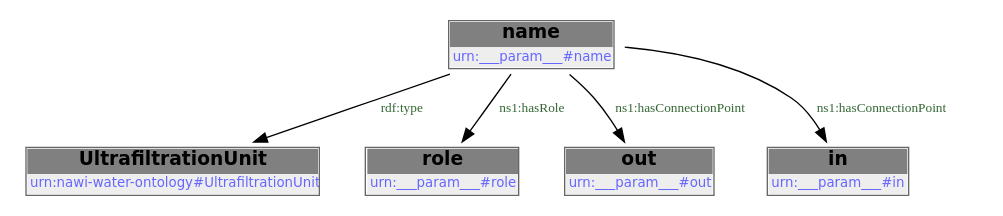
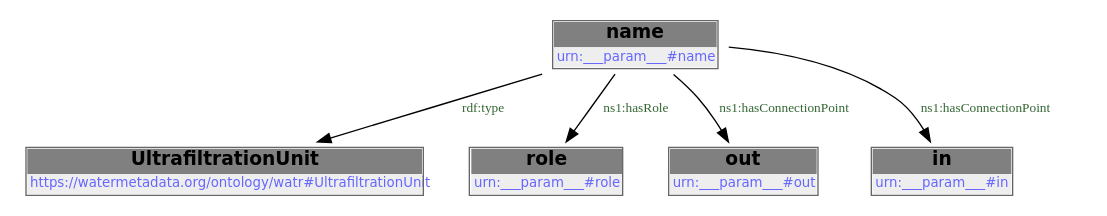
Before and after one commit to DataDrivenCPS/water-ontology: the first of 2 diagrams in docs/libraries/templates/uf-unit.rst, drawn with Graphviz. The commit also changed other lines of this file and 43 other files, not shown here.

First line of the commit message:
feat: move ontology to https://watermetadata.org base URI

```diff
--- a/docs/libraries/templates/uf-unit.rst
+++ b/docs/libraries/templates/uf-unit.rst
@@ -78,14 +78,14 @@
         .. graphviz::
 
                 digraph G {
             node [fontname="DejaVu Sans"];
             node0 -> node1 [color=BLACK, label=< <font point-size='10' color='#336633'>rdf:type</font> >];
             node0 -> node2 [color=BLACK, label=< <font point-size='10' color='#336633'>ns1:hasRole</font> >];
             node0 -> node3 [color=BLACK, label=< <font point-size='10' color='#336633'>ns1:hasConnectionPoint</font> >];
             node0 -> node4 [color=BLACK, label=< <font point-size='10' color='#336633'>ns1:hasConnectionPoint</font> >];
             node0 [shape=none, color=black, label=< <table color='#666666' cellborder='0' cellspacing='0' border='1'><tr><td colspan='2' bgcolor='grey'><B>name</B></td></tr><tr><td href='urn:___param___#name' bgcolor='#eeeeee' colspan='2'><font point-size='10' color='#6666ff'>urn:___param___#name</font></td></tr></table> >];
-            node1 [shape=none, color=black, label=< <table color='#666666' cellborder='0' cellspacing='0' border='1'><tr><td colspan='2' bgcolor='grey'><B>UltrafiltrationUnit</B></td></tr><tr><td href='urn:nawi-water-ontology#UltrafiltrationUnit' bgcolor='#eeeeee' colspan='2'><font point-size='10' color='#6666ff'>urn:nawi-water-ontology#UltrafiltrationUnit</font></td></tr></table> >];
+            node1 [shape=none, color=black, label=< <table color='#666666' cellborder='0' cellspacing='0' border='1'><tr><td colspan='2' bgcolor='grey'><B>UltrafiltrationUnit</B></td></tr><tr><td href='https://watermetadata.org/ontology/watr#UltrafiltrationUnit' bgcolor='#eeeeee' colspan='2'><font point-size='10' color='#6666ff'>https://watermetadata.org/ontology/watr#UltrafiltrationUnit</font></td></tr></table> >];
             node2 [shape=none, color=black, label=< <table color='#666666' cellborder='0' cellspacing='0' border='1'><tr><td colspan='2' bgcolor='grey'><B>role</B></td></tr><tr><td href='urn:___param___#role' bgcolor='#eeeeee' colspan='2'><font point-size='10' color='#6666ff'>urn:___param___#role</font></td></tr></table> >];
             node3 [shape=none, color=black, label=< <table color='#666666' cellborder='0' cellspacing='0' border='1'><tr><td colspan='2' bgcolor='grey'><B>out</B></td></tr><tr><td href='urn:___param___#out' bgcolor='#eeeeee' colspan='2'><font point-size='10' color='#6666ff'>urn:___param___#out</font></td></tr></table> >];
             node4 [shape=none, color=black, label=< <table color='#666666' cellborder='0' cellspacing='0' border='1'><tr><td colspan='2' bgcolor='grey'><B>in</B></td></tr><tr><td href='urn:___param___#in' bgcolor='#eeeeee' colspan='2'><font point-size='10' color='#6666ff'>urn:___param___#in</font></td></tr></table> >];
             }
```
